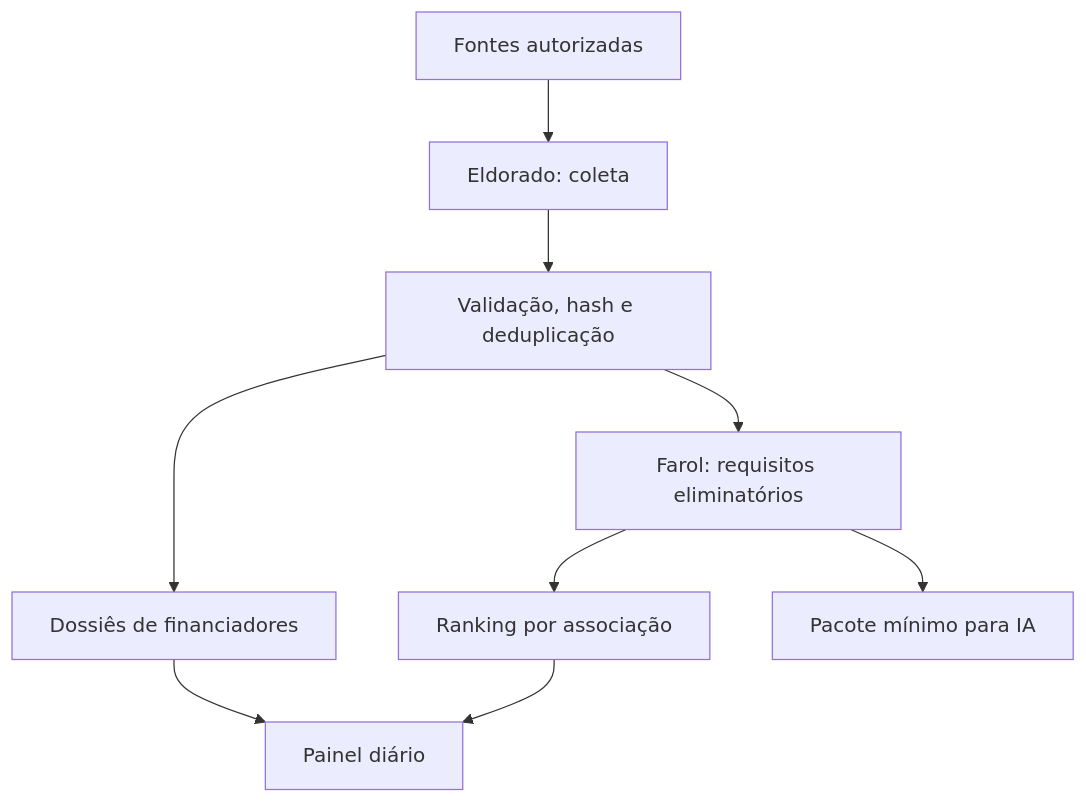
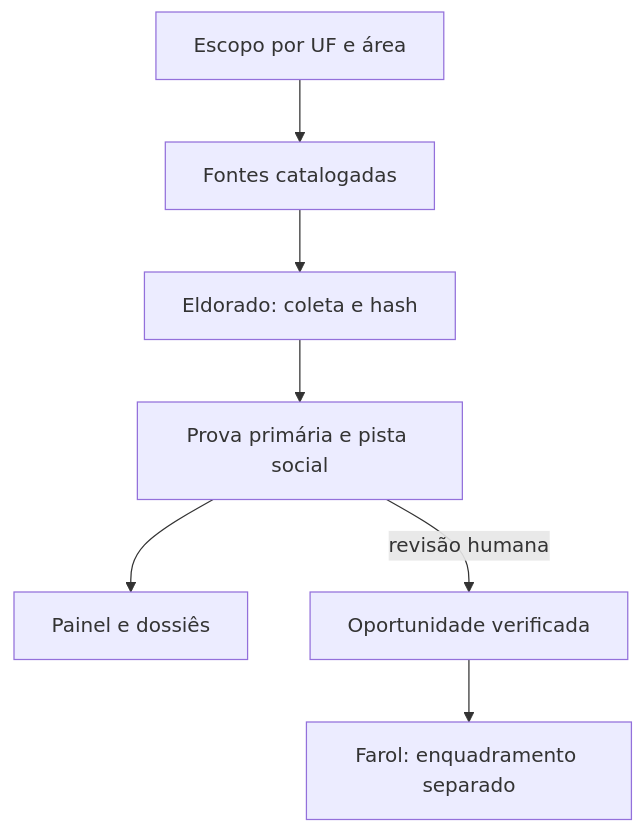
One commit to amcjardimamerica-arch/Eldorado changed the diagram in ARQUITETURA.md. Above: the diagram before and after it, drawn with Mermaid. The commit also changed other lines of this file and 52 other files, not shown here.

````diff
--- a/ARQUITETURA.md
+++ b/ARQUITETURA.md
@@ -5,11 +5,9 @@
 ```mermaid
 flowchart TD
-  A[Fontes autorizadas] --> B[Eldorado: coleta]
-  B --> C[Validação, hash e deduplicação]
-  C --> D[Dossiês de financiadores]
-  C --> E[Farol: requisitos eliminatórios]
-  E --> F[Ranking por associação]
-  D --> G[Painel diário]
-  F --> G
-  E --> H[Pacote mínimo para IA]
+  A[Escopo por UF e área] --> B[Fontes catalogadas]
+  B --> C[Eldorado: coleta e hash]
+  C --> D[Prova primária e pista social]
+  D --> E[Painel e dossiês]
+  D -->|revisão humana| F[Oportunidade verificada]
+  F --> G[Farol: enquadramento separado]
 ```
````
